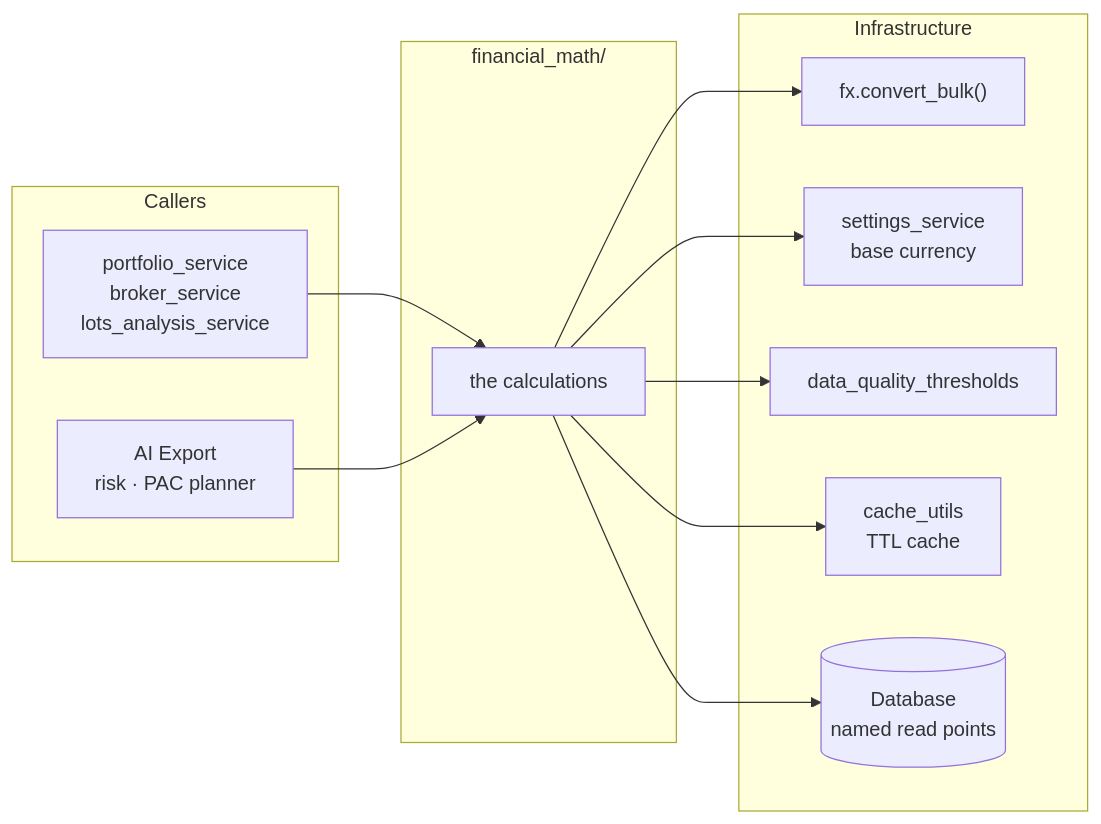
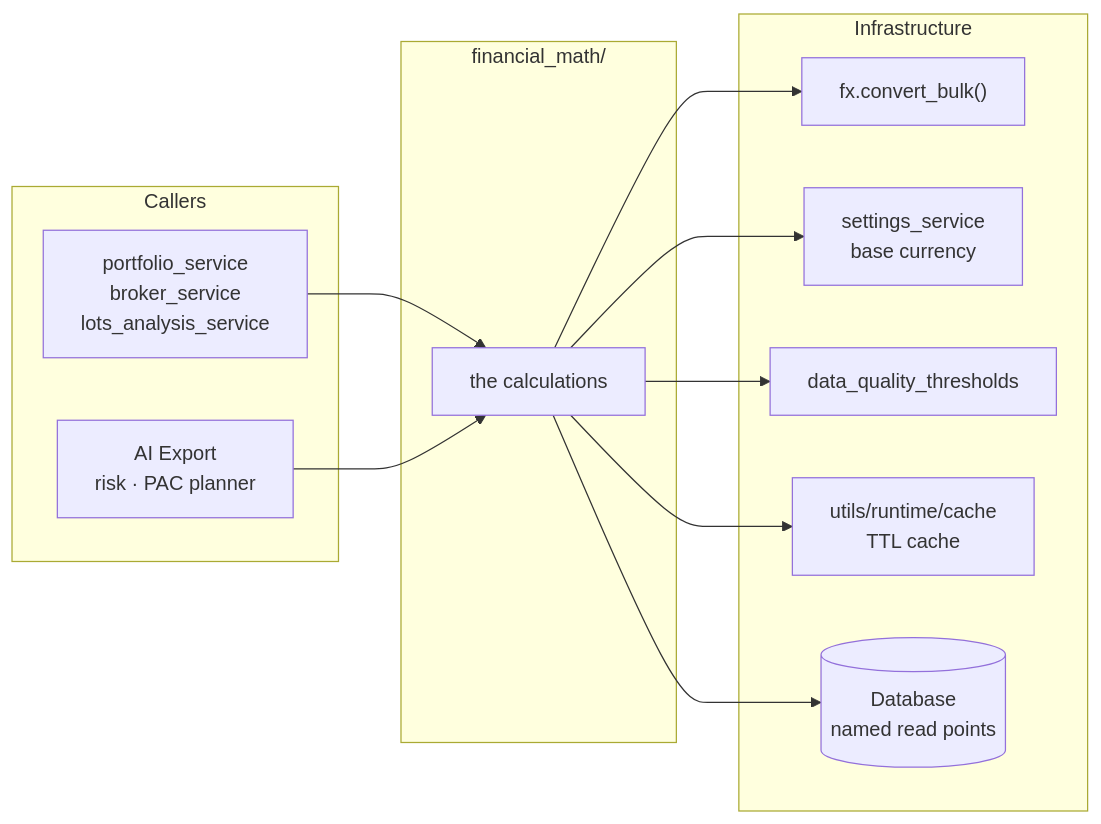
Before and after one commit to Librefolio/LibreFolio: the diagram in mkdocs_src/docs/developer/backend/financial_math.md, drawn with Mermaid. The commit also changed 51 other files, not shown here.

````diff
--- a/mkdocs_src/docs/developer/backend/financial_math.md
+++ b/mkdocs_src/docs/developer/backend/financial_math.md
@@ -110,24 +110,24 @@
 ```mermaid
 flowchart LR
     subgraph Callers["Callers"]
         Services["portfolio_service<br/>broker_service<br/>lots_analysis_service"]
         Others["AI Export<br/>risk · PAC planner"]
     end
     subgraph Layer["financial_math/"]
         Math["the calculations"]
     end
     subgraph Infra["Infrastructure"]
         FX["fx.convert_bulk()"]
         Settings["settings_service<br/>base currency"]
         Thresholds["data_quality_thresholds"]
-        Cache["cache_utils<br/>TTL cache"]
+        Cache["utils/runtime/cache<br/>TTL cache"]
         DB[("Database<br/>named read points")]
     end
     Services --> Math
     Others --> Math
     Math --> FX
     Math --> Settings
     Math --> Thresholds
     Math --> Cache
     Math --> DB
 ```
````
